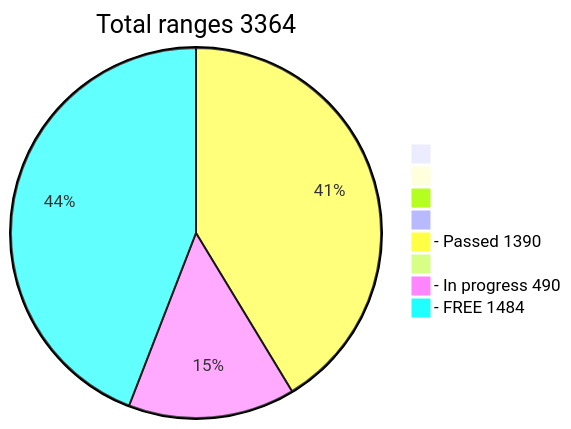
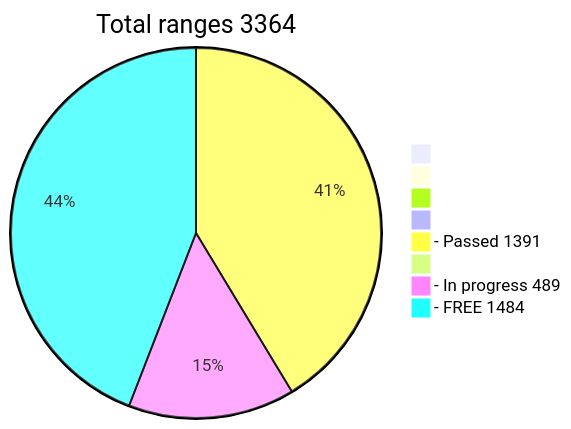
One commit to phrutis/wif500 changed the diagram in README.md. Above: the diagram before and after it, drawn with Mermaid.

````diff
--- a/README.md
+++ b/README.md
@@ -16,12 +16,12 @@
 ```mermaid
 pie title Total ranges 3364
              " " : 0
             "  " : 0
            "   " : 0
           "    " : 0
-  "- Passed 1390" : 1390
+  "- Passed 1391" : 1391
          "     " : 0
-  "- In progress 490" : 490
+  "- In progress 489" : 489
    "- FREE 1484" : 1484
    
 ```
````
